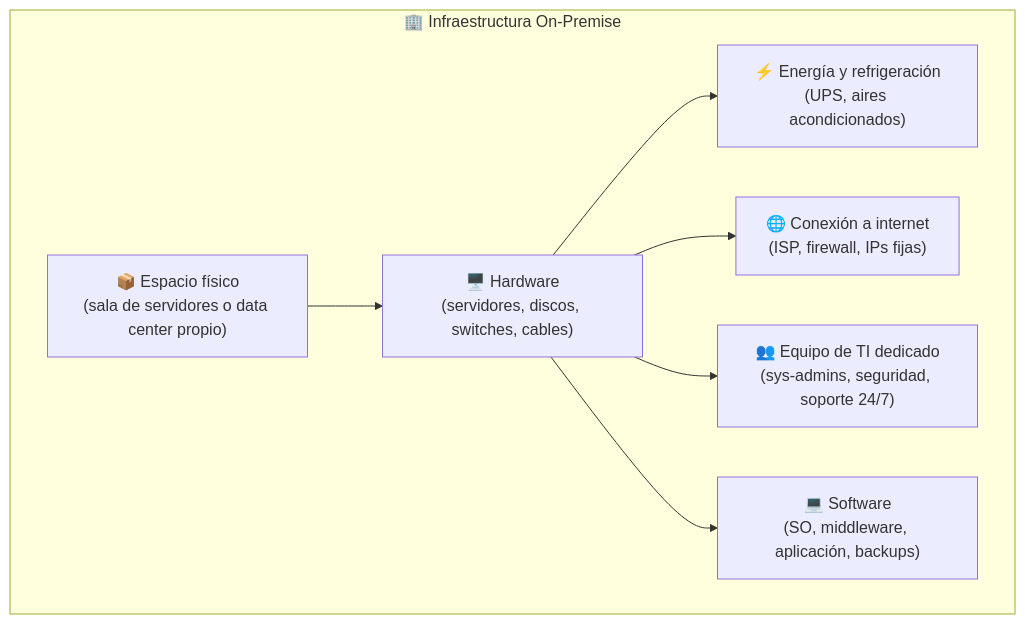
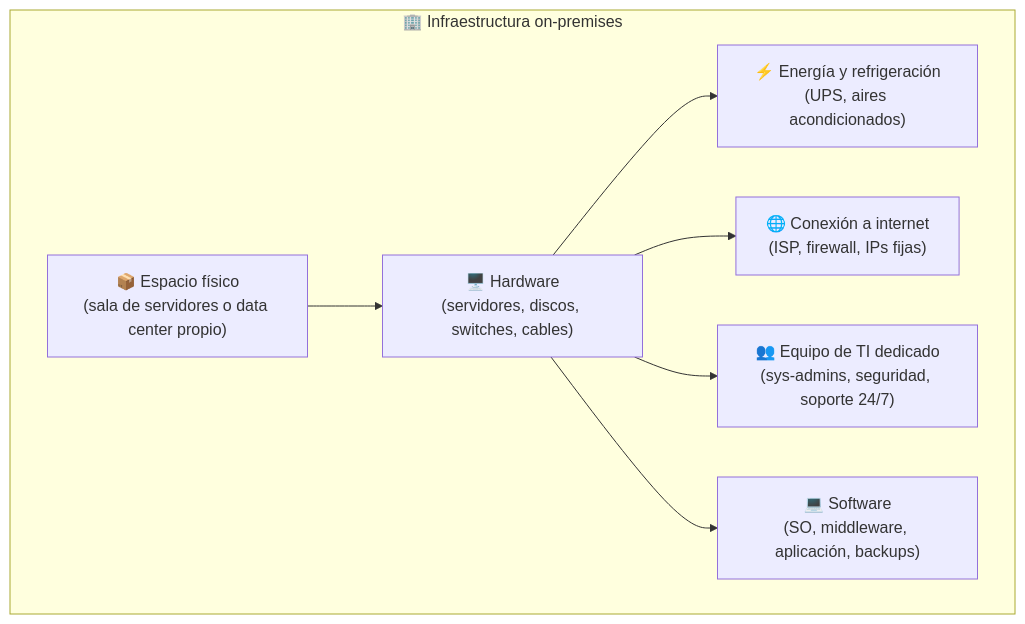
Before and after one commit to felipeg17/cloud-service-models: the first of 5 diagrams in presentacion.md, drawn with Mermaid. The commit also changed other lines of this file, not shown here.

````diff
--- a/presentacion.md
+++ b/presentacion.md
@@ -25,17 +26,17 @@
 ```mermaid
 graph TD
-    subgraph OP["🏢 Infraestructura On-Premise"]
+    subgraph OP["🏢 Infraestructura on-premises"]
         SPACE["📦 Espacio físico<br/>(sala de servidores o data center propio)"]
         HW["🖥️ Hardware<br/>(servidores, discos, switches, cables)"]
         PWR["⚡ Energía y refrigeración<br/>(UPS, aires acondicionados)"]
         NET["🌐 Conexión a internet<br/>(ISP, firewall, IPs fijas)"]
         TEAM["👥 Equipo de TI dedicado<br/>(sys-admins, seguridad, soporte 24/7)"]
         SW["💻 Software<br/>(SO, middleware, aplicación, backups)"]
     end
 
     SPACE --> HW
     HW --> PWR
     HW --> NET
     HW --> TEAM
     HW --> SW
 ```
````
